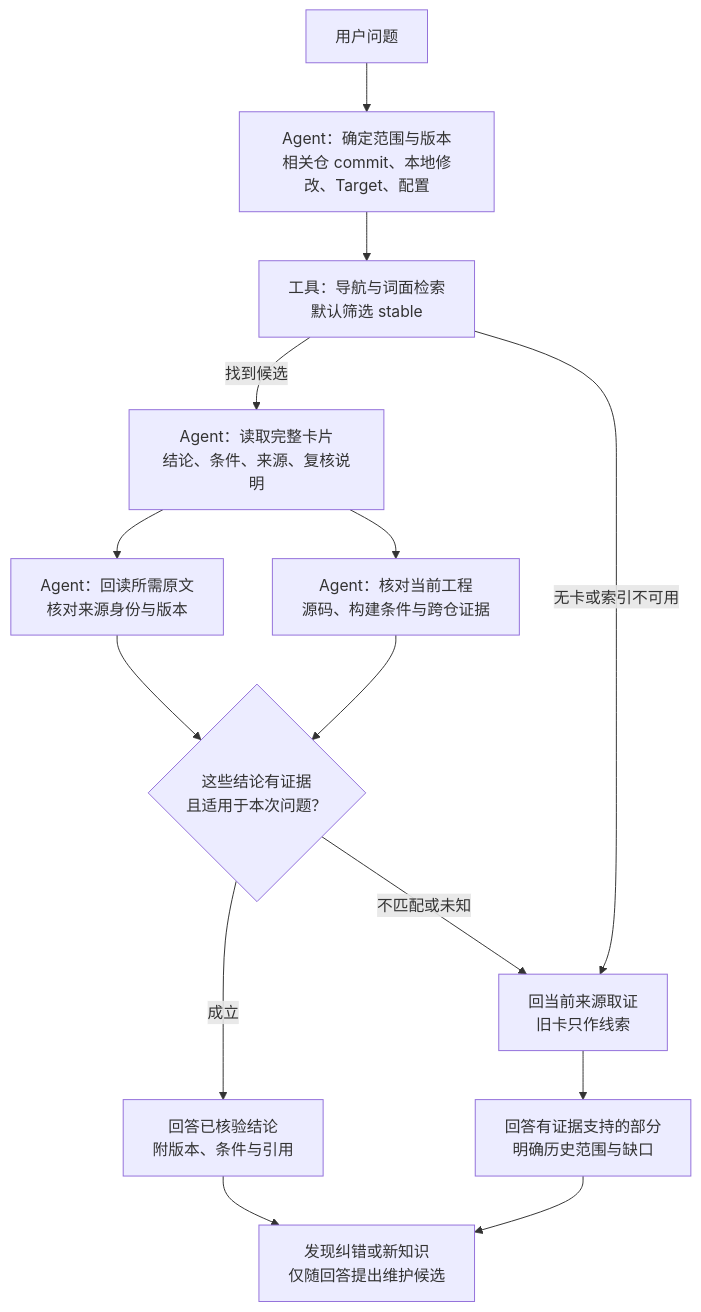
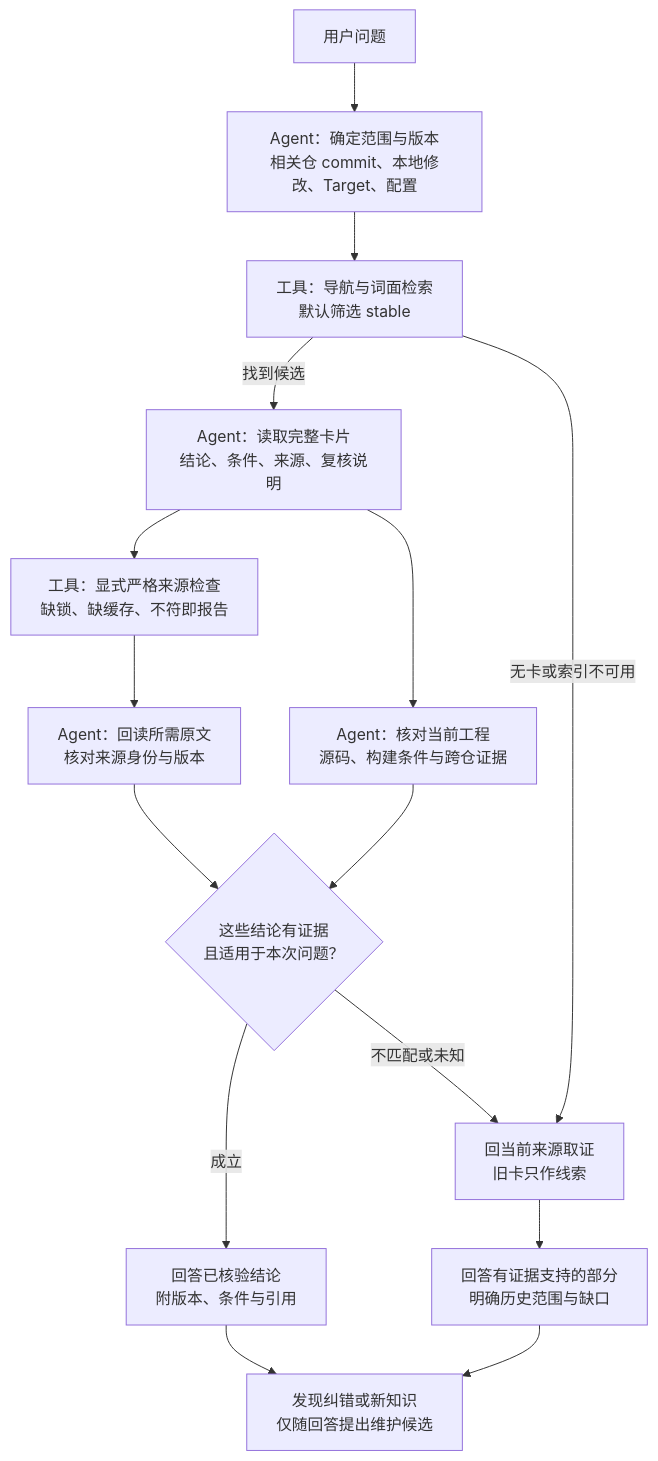
The second of 3 diagrams in docs/架构设计.md (Robin-hhc/FactumCore), drawn with Mermaid before and after one commit. The commit also changed other lines of this file, not shown here.

Commit message:
Sync architecture with implemented source integrity governance

````diff
--- a/docs/架构设计.md
+++ b/docs/架构设计.md
@@ -116,20 +117,21 @@
 ```mermaid
 flowchart TD
     Q["用户问题"] --> S["Agent：确定范围与版本<br/>相关仓 commit、本地修改、Target、配置"]
     S --> I["工具：导航与词面检索<br/>默认筛选 stable"]
 
     I -->|找到候选| C["Agent：读取完整卡片<br/>结论、条件、来源、复核说明"]
-    C --> D["Agent：回读所需原文<br/>核对来源身份与版本"]
+    C --> H["工具：显式严格来源检查<br/>缺锁、缺缓存、不符即报告"]
+    H --> D["Agent：回读所需原文<br/>核对来源身份与版本"]
     C --> M["Agent：核对当前工程<br/>源码、构建条件与跨仓证据"]
 
     D --> J{"这些结论有证据<br/>且适用于本次问题？"}
     M --> J
 
     J -->|成立| A["回答已核验结论<br/>附版本、条件与引用"]
     J -->|不匹配或未知| R["回当前来源取证<br/>旧卡只作线索"]
     I -->|无卡或索引不可用| R
     R --> A2["回答有证据支持的部分<br/>明确历史范围与缺口"]
 
     A --> N["发现纠错或新知识<br/>仅随回答提出维护候选"]
     A2 --> N
 ```
````
